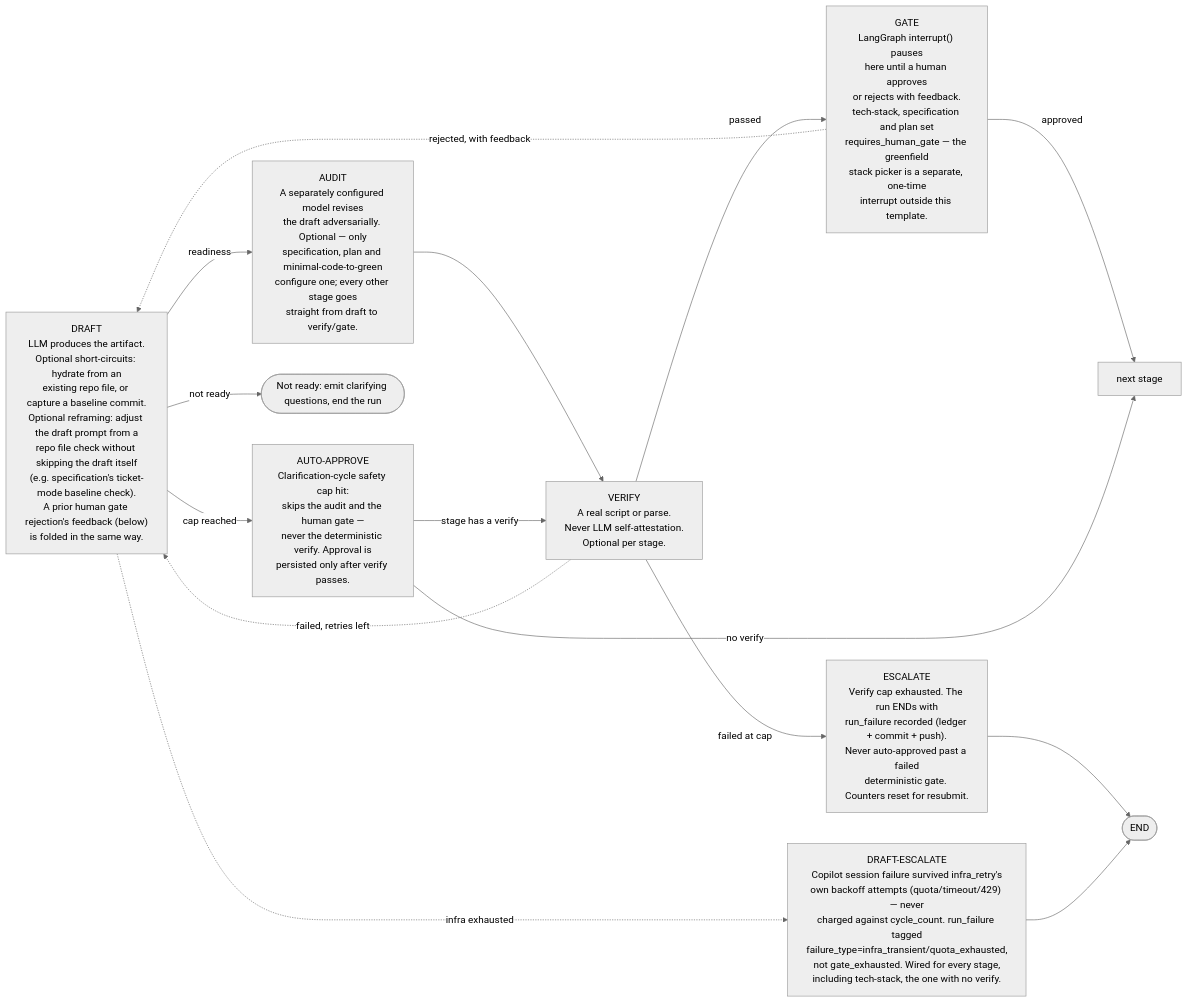
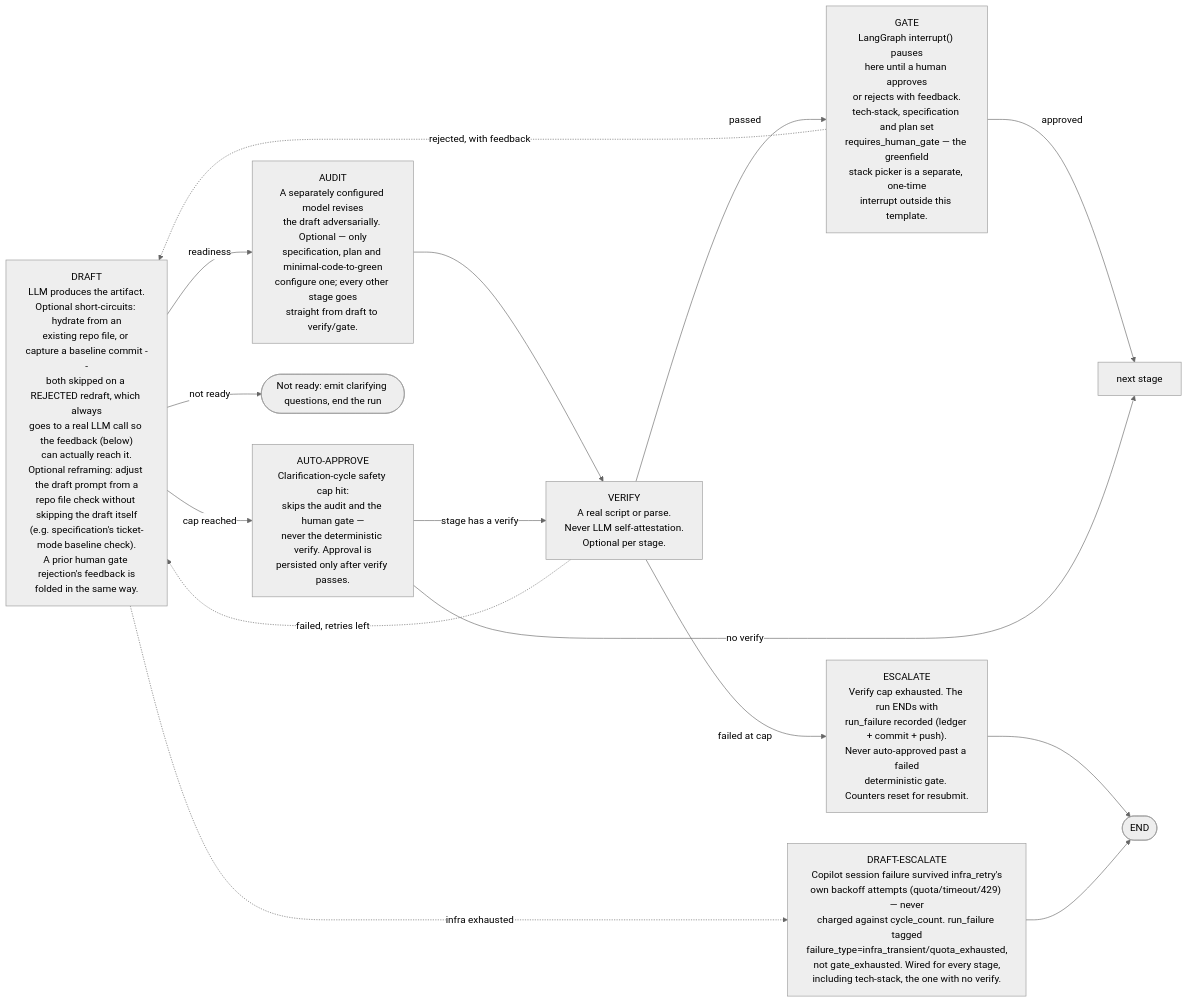
The second of 2 diagrams in README.md (bancroftway/ai-dev-workflow), drawn with Mermaid (neutral theme) before and after one commit. The commit also changed other lines of this file and 1 other file, not shown here.

````diff
--- a/README.md
+++ b/README.md
@@ -121,26 +121,26 @@
 ```mermaid
 flowchart LR
-    d["DRAFT<br/>LLM produces the artifact.<br/>Optional short-circuits: hydrate from an<br/>existing repo file, or capture a baseline commit.<br/>Optional reframing: adjust the draft prompt from a<br/>repo file check without skipping the draft itself<br/>(e.g. specification's ticket-mode baseline check).<br/>A prior human gate rejection's feedback (below)<br/>is folded in the same way."]
+    d["DRAFT<br/>LLM produces the artifact.<br/>Optional short-circuits: hydrate from an<br/>existing repo file, or capture a baseline commit --<br/>both skipped on a REJECTED redraft, which always<br/>goes to a real LLM call so the feedback (below)<br/>can actually reach it.<br/>Optional reframing: adjust the draft prompt from a<br/>repo file check without skipping the draft itself<br/>(e.g. specification's ticket-mode baseline check).<br/>A prior human gate rejection's feedback is<br/>folded in the same way."]
     a["AUDIT<br/>A separately configured model revises<br/>the draft adversarially. Optional — only<br/>specification, plan and minimal-code-to-green<br/>configure one; every other stage goes<br/>straight from draft to verify/gate."]
     v["VERIFY<br/>A real script or parse.<br/>Never LLM self-attestation.<br/>Optional per stage."]
     g["GATE<br/>LangGraph interrupt() pauses<br/>here until a human approves<br/>or rejects with feedback.<br/>tech-stack, specification and plan set<br/>requires_human_gate — the greenfield<br/>stack picker is a separate, one-time<br/>interrupt outside this template."]
     aa["AUTO-APPROVE<br/>Clarification-cycle safety cap hit:<br/>skips the audit and the human gate —<br/>never the deterministic verify. Approval is<br/>persisted only after verify passes."]
     e["ESCALATE<br/>Verify cap exhausted. The run ENDs with<br/>run_failure recorded (ledger + commit + push).<br/>Never auto-approved past a failed<br/>deterministic gate. Counters reset for resubmit."]
     ie["DRAFT-ESCALATE<br/>Copilot session failure survived infra_retry's<br/>own backoff attempts (quota/timeout/429) — never<br/>charged against cycle_count. run_failure tagged<br/>failure_type=infra_transient/quota_exhausted,<br/>not gate_exhausted. Wired for every stage,<br/>including tech-stack, the one with no verify."]
     q(["Not ready: emit clarifying questions, end the run"])
 
     d -->|readiness| a
     d -->|cap reached| aa
     d -->|not ready| q
     d -.->|infra exhausted| ie
     a --> v
     v -->|passed| g
     v -.->|failed, retries left| d
     v -->|failed at cap| e
     e --> theend(["END"])
     ie --> theend
     g -->|approved| next["next stage"]
     g -.->|rejected, with feedback| d
     aa -->|stage has a verify| v
     aa -->|no verify| next
 ```
````
